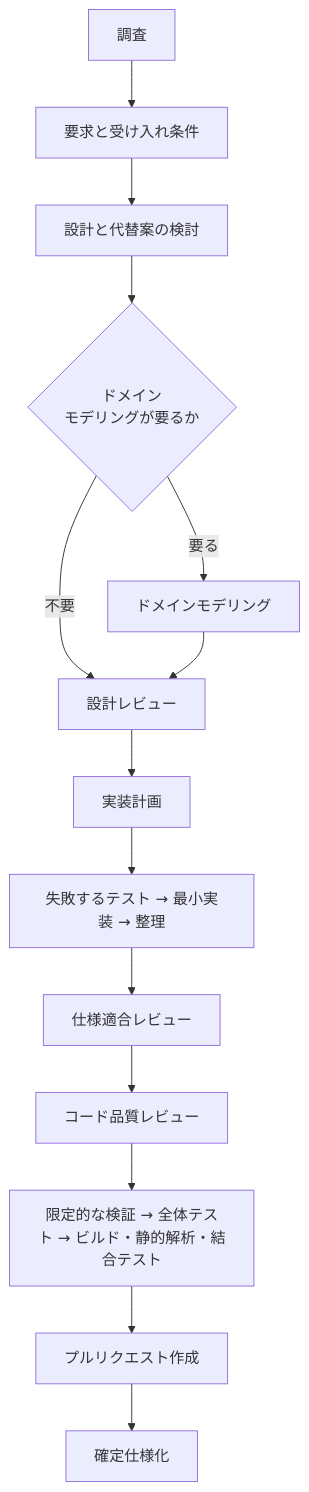
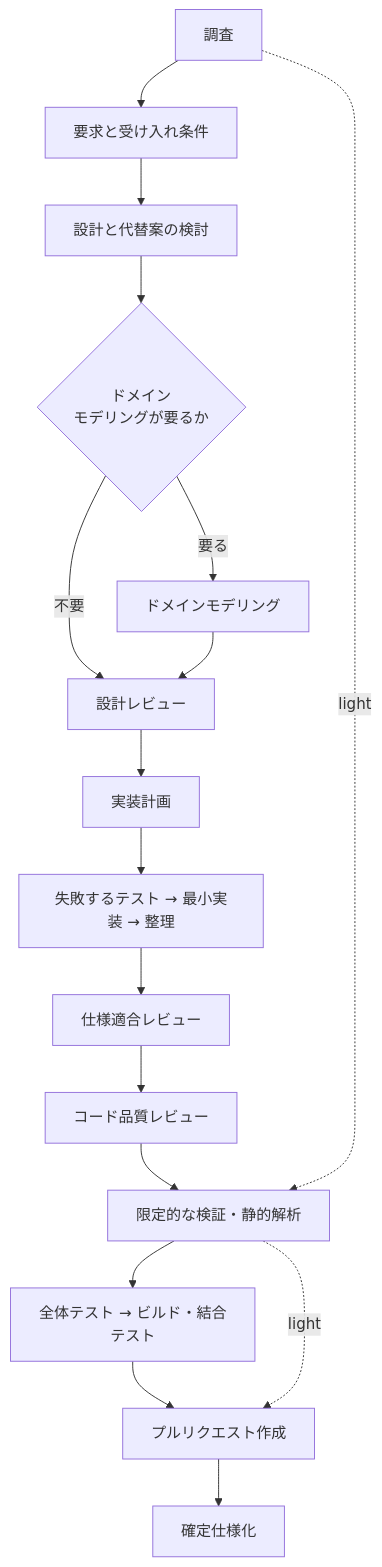
One commit to devbasex/ai-plugins changed the diagram in plugins/ndf-shared/skills/development-workflow/SKILL.md. Above: the diagram before and after it, drawn with Mermaid. The commit also changed other lines of this file and 1 other file, not shown here.

First line of the commit message:
Fix: モード判定の矛盾を解消し light の検証範囲を図で明示する

````diff
--- a/plugins/ndf-shared/skills/development-workflow/SKILL.md
+++ b/plugins/ndf-shared/skills/development-workflow/SKILL.md
@@ -79,16 +81,19 @@
 ```mermaid
 flowchart TD
     A[調査] --> B[要求と受け入れ条件]
     B --> C[設計と代替案の検討]
     C --> D{ドメイン<br/>モデリングが要るか}
     D -->|要る| E[ドメインモデリング]
     D -->|不要| F[設計レビュー]
     E --> F
     F --> G[実装計画]
     G --> H[失敗するテスト → 最小実装 → 整理]
     H --> I[仕様適合レビュー]
     I --> J[コード品質レビュー]
-    J --> K[限定的な検証 → 全体テスト → ビルド・静的解析・結合テスト]
-    K --> L[プルリクエスト作成]
+    J --> K[限定的な検証・静的解析]
+    K --> N[全体テスト → ビルド・結合テスト]
+    N --> L[プルリクエスト作成]
     L --> M[確定仕様化]
+    A -.->|light| K
+    K -.->|light| L
 ```
````
